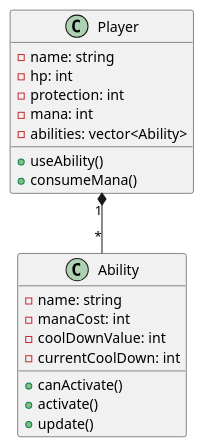
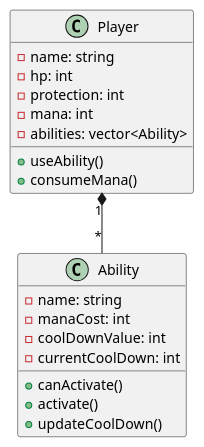
One commit to Gustavo-Valadares/OOS-Trabalho-Tecnico-Estagio changed the diagram in skill-system/diagram.puml. Above: the diagram before and after it, drawn with PlantUML. The commit also changed 5 other files, not shown here.

```diff
--- a/skill-system/diagram.puml
+++ b/skill-system/diagram.puml
@@ -1,29 +1,29 @@
 @startuml
 
 class Player {
     - name: string
     - hp: int
     - protection: int
     - mana: int
     - abilities: vector<Ability>
 
     + useAbility()
     + consumeMana()
 }
 
 class Ability {
     - name: string
     - manaCost: int
     - coolDownValue: int
     - currentCoolDown: int
 
     ' canActivate verifica se a habilidade pode ser usada '
     + canActivate()
     + activate()
     ' update atualiza o cooldown para que possa ser usado de novo '
-    + update()
+    + updateCoolDown()
 }
 
 Player "1" *-- "*" Ability
 
 @enduml
```
